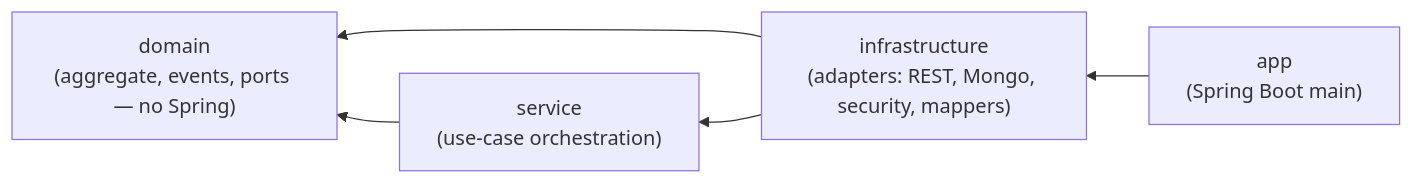
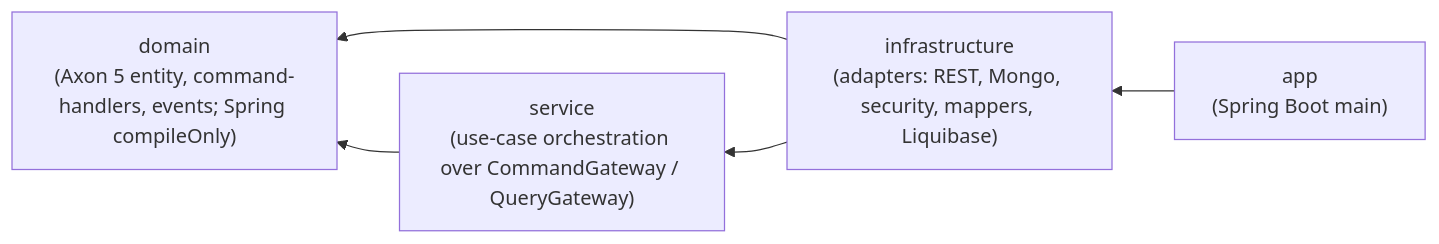
The diagram in docs/architecture/diagrams/03-module-dependencies.md (Lukk17/SkyStarter), drawn with Mermaid before and after one commit. The commit also changed other lines of this file and 33 other files, not shown here.

````diff
--- a/docs/architecture/diagrams/03-module-dependencies.md
+++ b/docs/architecture/diagrams/03-module-dependencies.md
@@ -5,12 +5,12 @@
 ```mermaid
 flowchart RL
     app["app<br/>(Spring Boot main)"]
-    infra["infrastructure<br/>(adapters: REST, Mongo, security, mappers)"]
-    svc["service<br/>(use-case orchestration)"]
-    domain["domain<br/>(aggregate, events, ports — no Spring)"]
+    infra["infrastructure<br/>(adapters: REST, Mongo, security, mappers, Liquibase)"]
+    svc["service<br/>(use-case orchestration over CommandGateway / QueryGateway)"]
+    domain["domain<br/>(Axon 5 entity, command-handlers, events; Spring compileOnly)"]
 
     app --> infra
     infra --> svc
     infra --> domain
     svc --> domain
 ```
````
